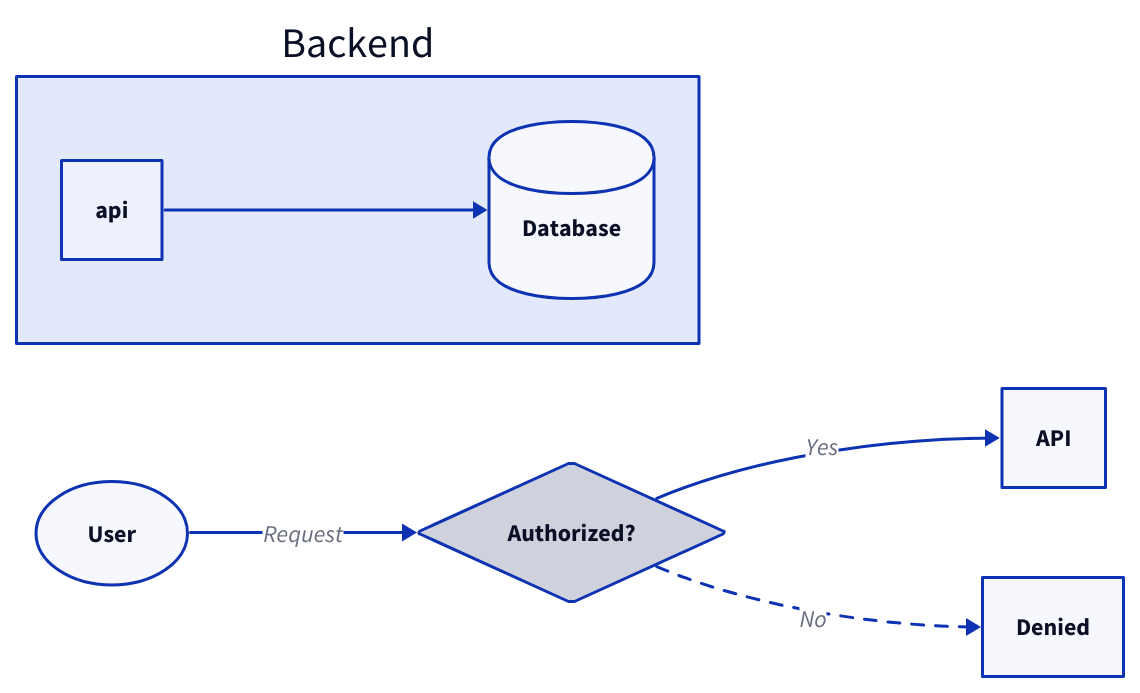
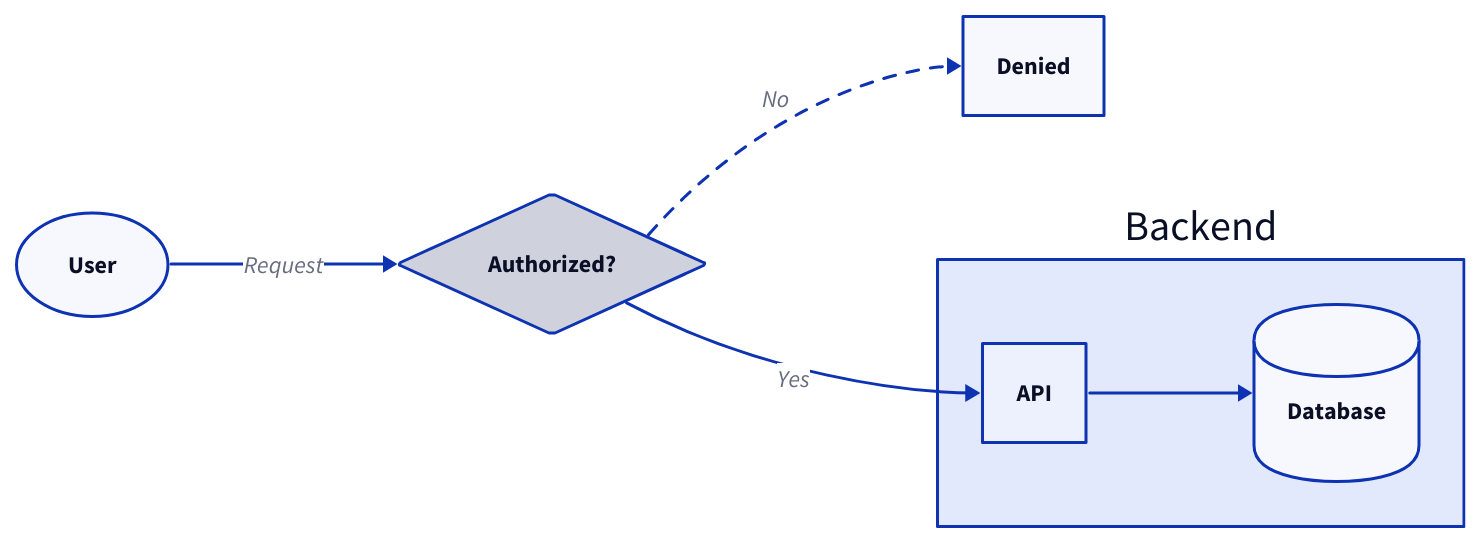
The diagram in output.d2 (Tkht44/mermaid-to-d2-tala), drawn with D2 before and after one commit. The commit also changed 1 other file, not shown here.

```diff
--- a/output.d2
+++ b/output.d2
@@ -1,15 +1,15 @@
 # Generated by mmd2d2
 direction: right
 
 "user": { label: "User"; shape: oval }
 "gateway": { label: "Authorized?"; shape: diamond }
+"denied": { label: "Denied"; shape: rectangle }
+"backend": "Backend" {
+  "api": { label: "API"; shape: rectangle }
+  "db": { label: "Database"; shape: cylinder }
+}
+
 "user" -> "gateway": "Request"
-"api": { label: "API"; shape: rectangle }
-"gateway" -> "api": "Yes"
-"denied": { label: "Denied"; shape: rectangle }
+"gateway" -> "backend"."api": "Yes"
 "gateway" -> "denied": "No" { style.stroke-dash: 4 }
-"backend": "Backend" {
-  "api"
-  "db": { label: "Database"; shape: cylinder }
-  "api" -> "db"
-}
+"backend"."api" -> "backend"."db"
```
